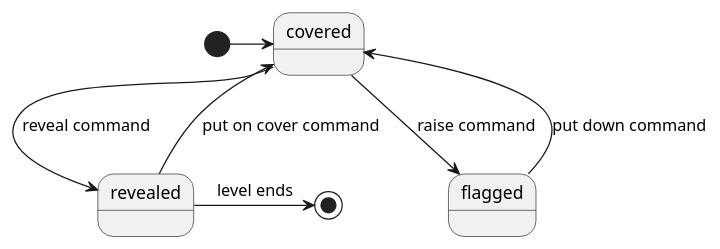
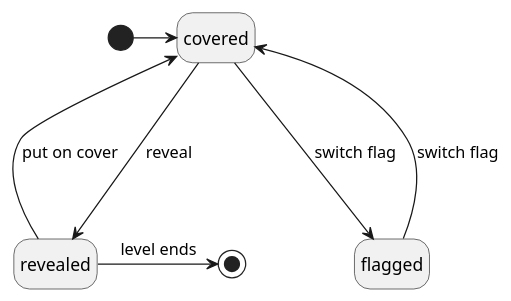
One commit to SnekTech/SnekSweeper changed the diagram in src/SnekSweeper/Diagrams/cell-state.puml. Above: the diagram before and after it, drawn with PlantUML. The commit also changed 6 other files, not shown here.

```diff
--- a/src/SnekSweeper/Diagrams/cell-state.puml
+++ b/src/SnekSweeper/Diagrams/cell-state.puml
@@ -1,18 +1,19 @@
 @startuml
 'https://plantuml.com/state-diagram
+hide empty description
 
 state covered
 state flagged
 state revealed
 
 [*] -> covered
 
-covered --> flagged : raise command
-flagged --> covered : put down command
+covered ---> flagged : switch flag
+flagged ---> covered : switch flag
 
-covered --> revealed : reveal command
-revealed --> covered : put on cover command
+covered ---> revealed : reveal
+revealed ---> covered : put on cover
 
 revealed -> [*] : level ends
 
 @enduml
```
